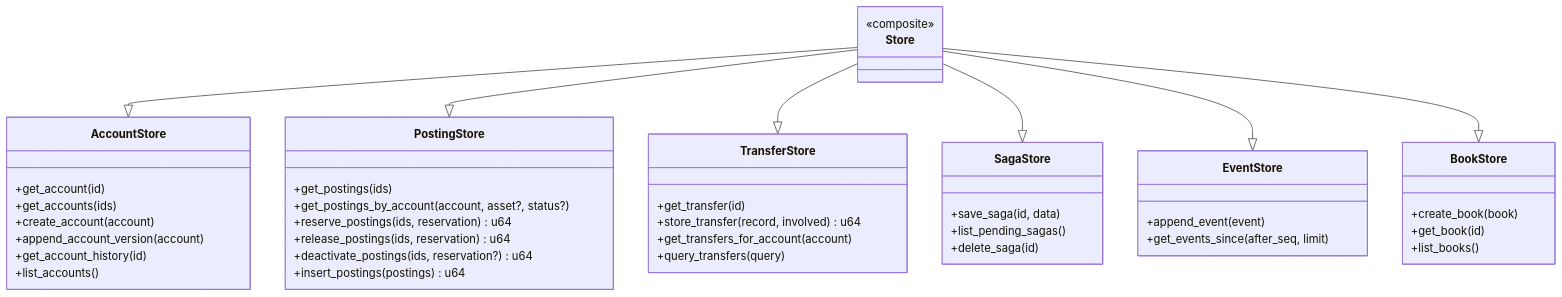
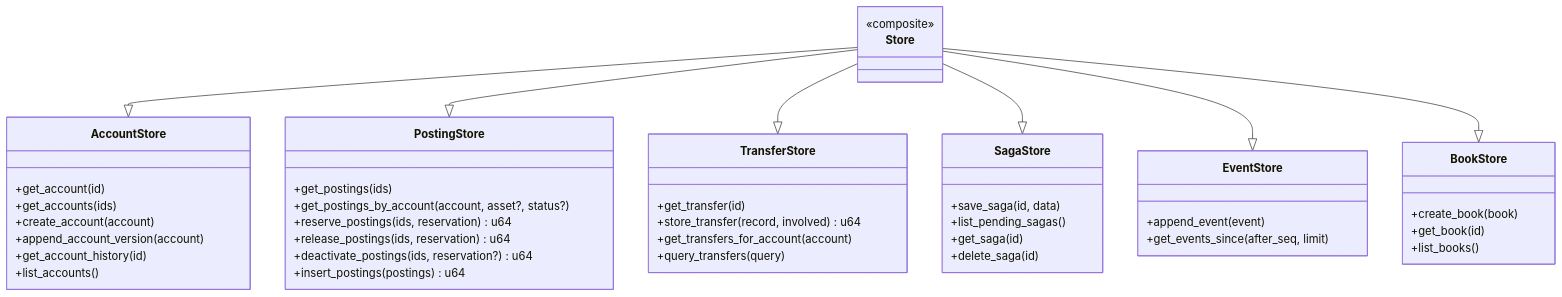
Before and after one commit to crodas/kuatia: the second of 5 diagrams in doc/architecture.md, drawn with Mermaid. The commit also changed 9 other files, not shown here.

````diff
--- a/doc/architecture.md
+++ b/doc/architecture.md
@@ -59,48 +59,49 @@
 ```mermaid
 classDiagram
     class AccountStore {
         +get_account(id)
         +get_accounts(ids)
         +create_account(account)
         +append_account_version(account)
         +get_account_history(id)
         +list_accounts()
     }
     class PostingStore {
         +get_postings(ids)
         +get_postings_by_account(account, asset?, status?)
         +reserve_postings(ids, reservation) u64
         +release_postings(ids, reservation) u64
         +deactivate_postings(ids, reservation?) u64
         +insert_postings(postings) u64
     }
     class TransferStore {
         +get_transfer(id)
         +store_transfer(record, involved) u64
         +get_transfers_for_account(account)
         +query_transfers(query)
     }
     class SagaStore {
         +save_saga(id, data)
         +list_pending_sagas()
+        +get_saga(id)
         +delete_saga(id)
     }
     class EventStore {
         +append_event(event)
         +get_events_since(after_seq, limit)
     }
     class BookStore {
         +create_book(book)
         +get_book(id)
         +list_books()
     }
     class Store {
         <<composite>>
     }
     Store --|> AccountStore
     Store --|> PostingStore
     Store --|> TransferStore
     Store --|> SagaStore
     Store --|> EventStore
     Store --|> BookStore
 ```
````
